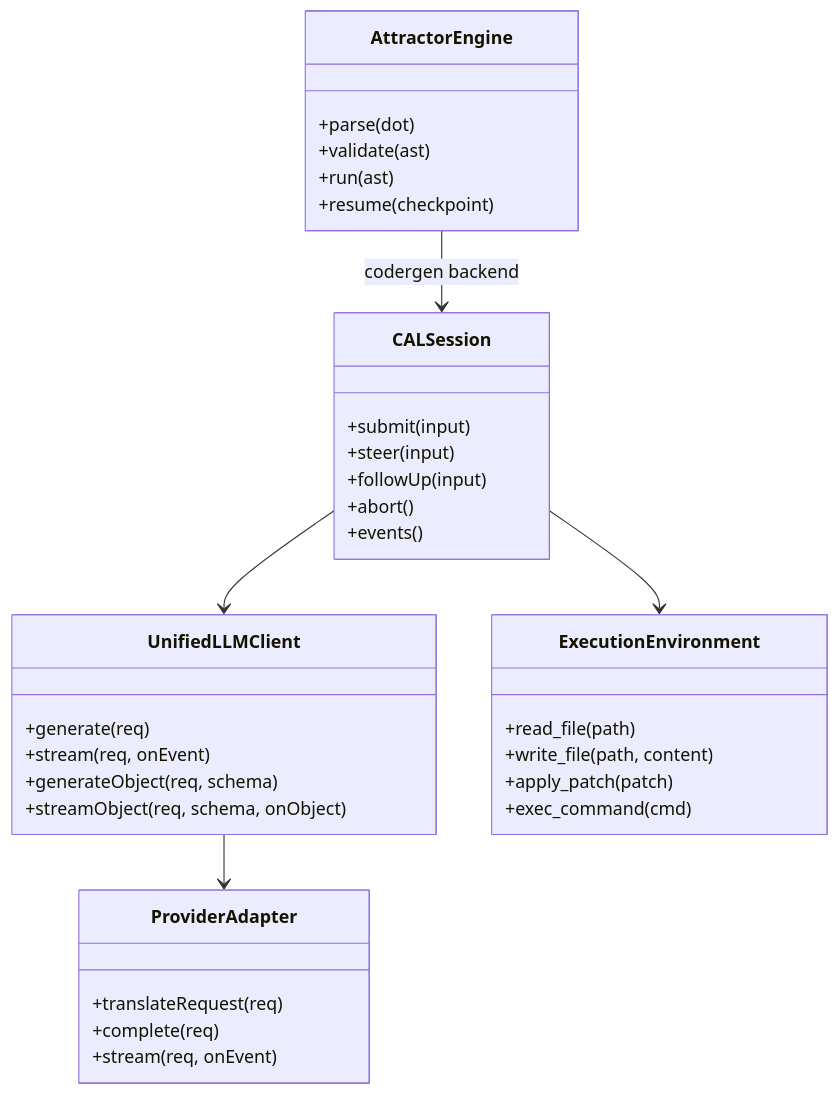
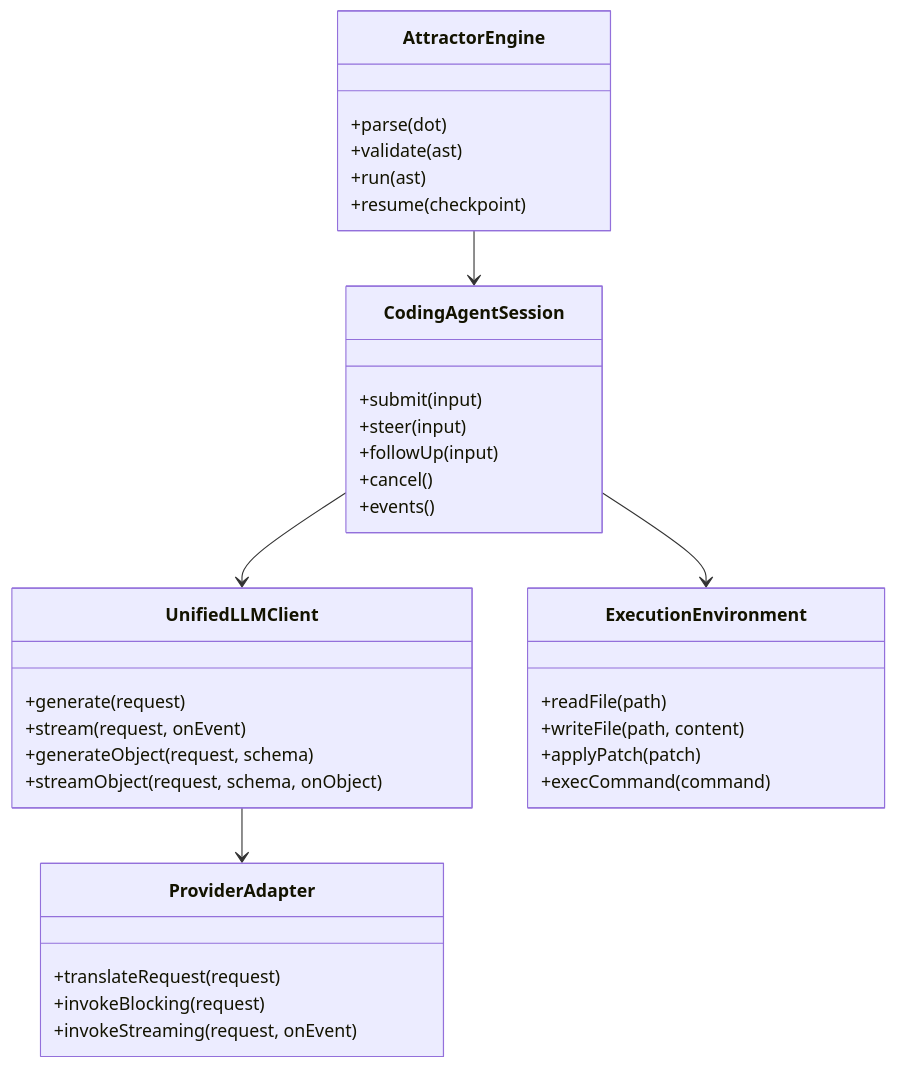
The first of 5 diagrams in docs/sprints/SPRINT-003-close-spec-parity-tcl.md (jaytaylor/attractor-tcl), drawn with Mermaid before and after one commit. The commit also changed other lines of this file, not shown here.

````diff
--- a/docs/sprints/SPRINT-003-close-spec-parity-tcl.md
+++ b/docs/sprints/SPRINT-003-close-spec-parity-tcl.md
@@ -1388,42 +961,42 @@
 ```mermaid
 classDiagram
   class UnifiedLLMClient {
-    +generate(req)
-    +stream(req, onEvent)
-    +generateObject(req, schema)
-    +streamObject(req, schema, onObject)
+    +generate(request)
+    +stream(request, onEvent)
+    +generateObject(request, schema)
+    +streamObject(request, schema, onObject)
   }
 
   class ProviderAdapter {
-    +translateRequest(req)
-    +complete(req)
-    +stream(req, onEvent)
+    +translateRequest(request)
+    +invokeBlocking(request)
+    +invokeStreaming(request, onEvent)
   }
 
-  class CALSession {
+  class CodingAgentSession {
     +submit(input)
     +steer(input)
     +followUp(input)
-    +abort()
+    +cancel()
     +events()
   }
 
   class ExecutionEnvironment {
-    +read_file(path)
-    +write_file(path, content)
-    +apply_patch(patch)
-    +exec_command(cmd)
+    +readFile(path)
+    +writeFile(path, content)
+    +applyPatch(patch)
+    +execCommand(command)
   }
 
   class AttractorEngine {
     +parse(dot)
     +validate(ast)
     +run(ast)
     +resume(checkpoint)
   }
 
   UnifiedLLMClient --> ProviderAdapter
-  CALSession --> UnifiedLLMClient
-  CALSession --> ExecutionEnvironment
-  AttractorEngine --> CALSession : codergen backend
+  CodingAgentSession --> UnifiedLLMClient
+  CodingAgentSession --> ExecutionEnvironment
+  AttractorEngine --> CodingAgentSession
 ```
````
